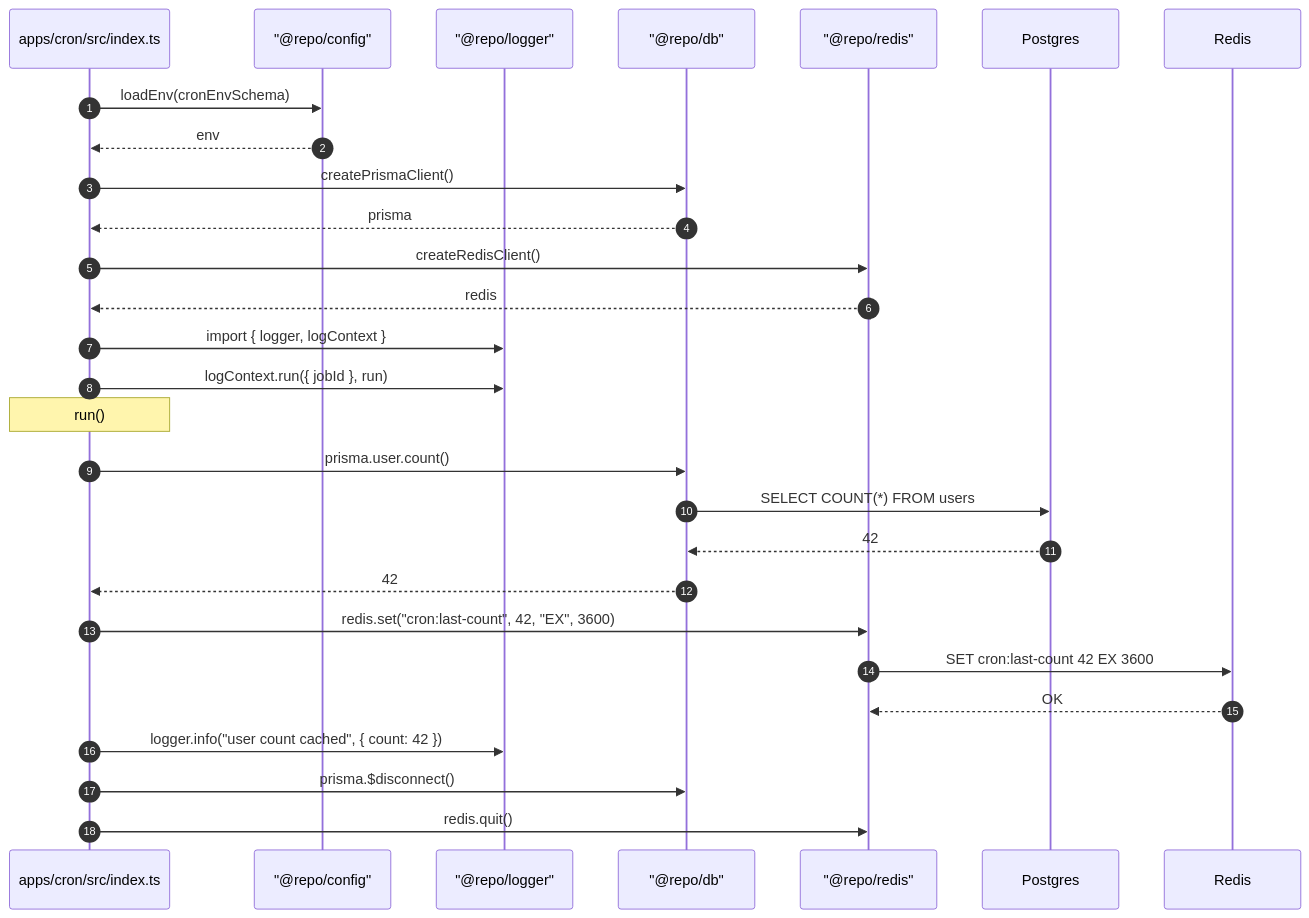
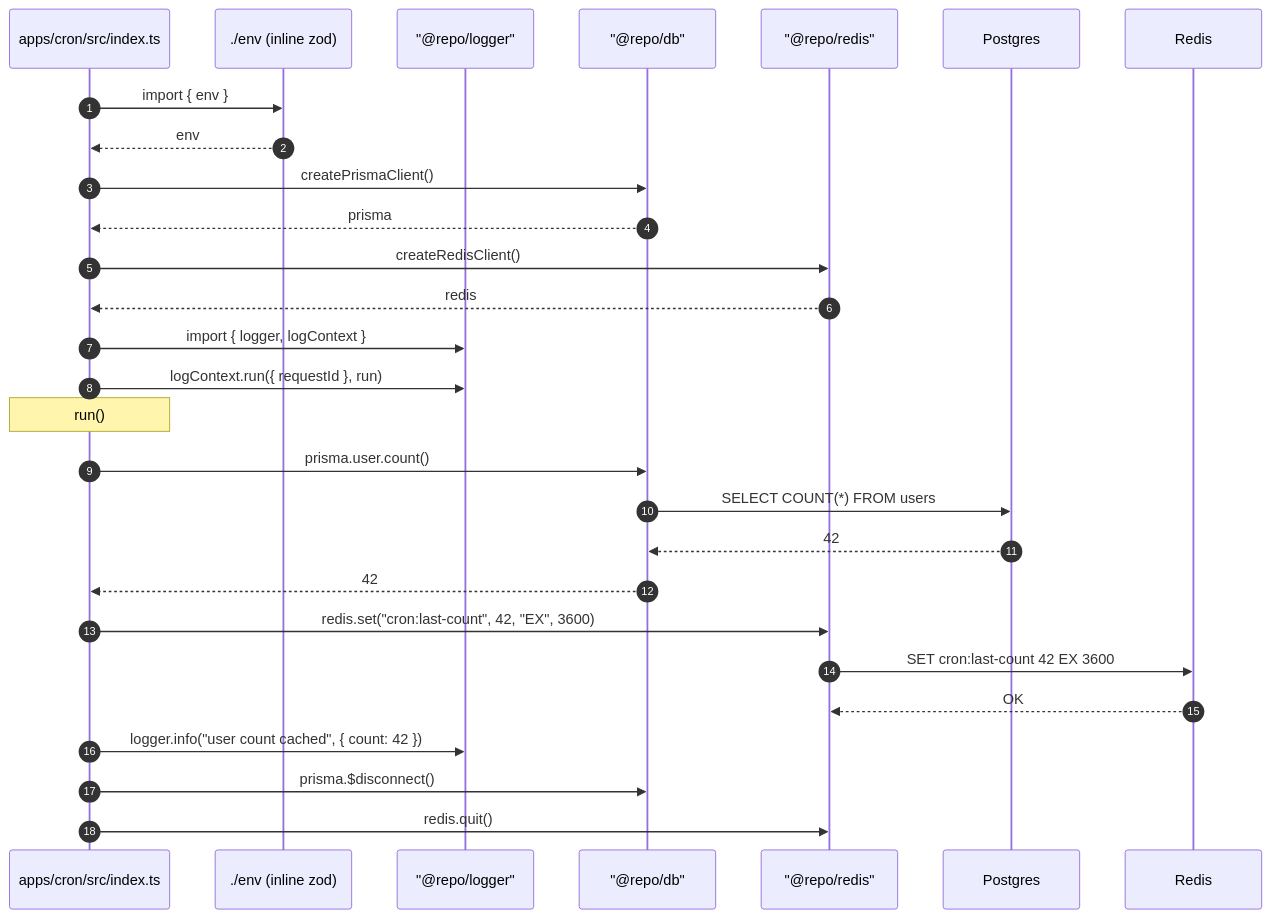
One commit to kentakki416/typing-royale changed the fourth of 4 diagrams in docs/spec/shared-packages/README.md. Above: the diagram before and after it, drawn with Mermaid. The commit also changed other lines of this file and 51 other files, not shown here.

````diff
--- a/docs/spec/shared-packages/README.md
+++ b/docs/spec/shared-packages/README.md
@@ -870,31 +853,31 @@
 ```mermaid
 sequenceDiagram
     autonumber
     participant Cron as apps/cron/src/index.ts
-    participant CFG as "@repo/config"
+    participant ENV as ./env (inline zod)
     participant LOG as "@repo/logger"
     participant DB as "@repo/db"
     participant RDS as "@repo/redis"
     participant PG as Postgres
     participant R as Redis
 
-    Cron->>CFG: loadEnv(cronEnvSchema)
-    CFG-->>Cron: env
+    Cron->>ENV: import { env }
+    ENV-->>Cron: env
     Cron->>DB: createPrismaClient()
     DB-->>Cron: prisma
     Cron->>RDS: createRedisClient()
     RDS-->>Cron: redis
     Cron->>LOG: import { logger, logContext }
-    Cron->>LOG: logContext.run({ jobId }, run)
+    Cron->>LOG: logContext.run({ requestId }, run)
     Note over Cron: run()
     Cron->>DB: prisma.user.count()
     DB->>PG: SELECT COUNT(*) FROM users
     PG-->>DB: 42
     DB-->>Cron: 42
     Cron->>RDS: redis.set("cron:last-count", 42, "EX", 3600)
     RDS->>R: SET cron:last-count 42 EX 3600
     R-->>RDS: OK
     Cron->>LOG: logger.info("user count cached", { count: 42 })
     Cron->>DB: prisma.$disconnect()
     Cron->>RDS: redis.quit()
 ```
````
